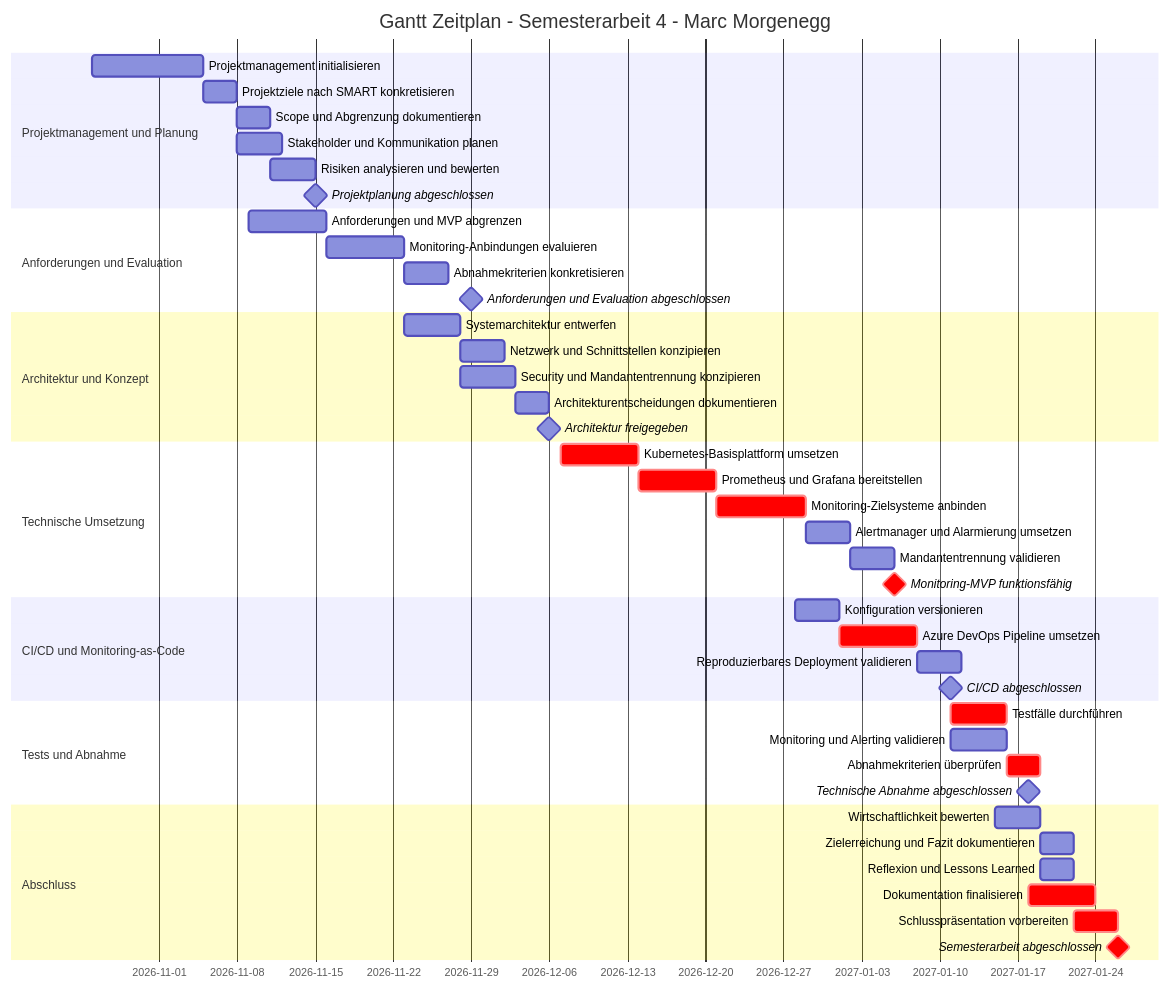
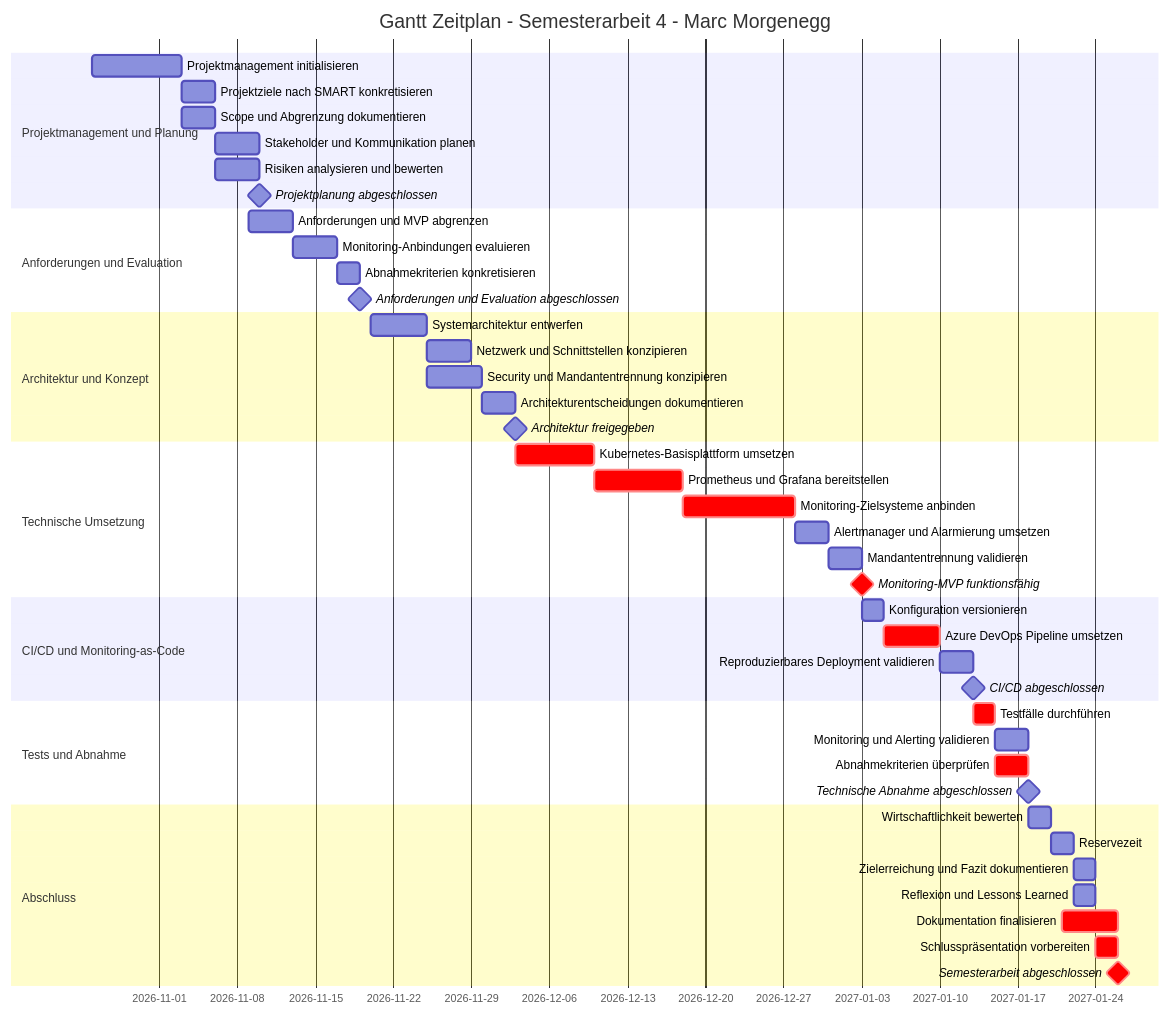
The diagram in Seiten/01. Projektübersicht.md (MarcMorgenegg/sem4), drawn with Mermaid before and after one commit.

Commit message:
docs: Gantt Zeitplan angepasst

````diff
--- a/Seiten/01. Projektübersicht.md
+++ b/Seiten/01. Projektübersicht.md
@@ -165,54 +165,55 @@
 ```mermaid
 gantt
     title Gantt Zeitplan - Semesterarbeit 4 - Marc Morgenegg
     dateFormat YYYY-MM-DD
 
     section Projektmanagement und Planung
-    Projektmanagement initialisieren              :pm1, 2026-10-26, 10d
+    Projektmanagement initialisieren              :pm1, 2026-10-26, 8d
     Projektziele nach SMART konkretisieren         :pm2, after pm1, 3d
-    Scope und Abgrenzung dokumentieren             :pm3, after pm2, 3d
-    Stakeholder und Kommunikation planen           :pm4, after pm2, 4d
+    Scope und Abgrenzung dokumentieren             :pm3, after pm1, 3d
+    Stakeholder und Kommunikation planen           :pm4, after pm3, 4d
     Risiken analysieren und bewerten               :pm5, after pm3, 4d
-    Projektplanung abgeschlossen                   :milestone, m1, 2026-11-15, 0d
+    Projektplanung abgeschlossen                   :milestone, m1, after pm5, 0d
 
     section Anforderungen und Evaluation
-    Anforderungen und MVP abgrenzen                :ae1, 2026-11-09, 7d
-    Monitoring-Anbindungen evaluieren              :ae2, after ae1, 7d
-    Abnahmekriterien konkretisieren                :ae3, after ae2, 4d
-    Anforderungen und Evaluation abgeschlossen     :milestone, m2, 2026-11-29, 0d
+    Anforderungen und MVP abgrenzen                :ae1, 2026-11-09, 4d
+    Monitoring-Anbindungen evaluieren              :ae2, after ae1, 4d
+    Abnahmekriterien konkretisieren                :ae3, after ae2, 2d
+    Anforderungen und Evaluation abgeschlossen     :milestone, m2, after ae3, 0d
 
     section Architektur und Konzept
-    Systemarchitektur entwerfen                    :ac1, 2026-11-23, 5d
+    Systemarchitektur entwerfen                    :ac1, 2026-11-20, 5d
     Netzwerk und Schnittstellen konzipieren        :ac2, after ac1, 4d
     Security und Mandantentrennung konzipieren     :ac3, after ac1, 5d
     Architekturentscheidungen dokumentieren        :ac4, after ac3, 3d
-    Architektur freigegeben                        :milestone, m3, 2026-12-06, 0d
+    Architektur freigegeben                        :milestone, m3, 2026-12-03, 0d
 
     section Technische Umsetzung
-    Kubernetes-Basisplattform umsetzen             :crit, im1, 2026-12-07, 7d
-    Prometheus und Grafana bereitstellen           :crit, im2, after im1, 7d
-    Monitoring-Zielsysteme anbinden                :crit, im3, after im2, 8d
-    Alertmanager und Alarmierung umsetzen           :im4, after im3, 4d
-    Mandantentrennung validieren                   :im5, after im4, 4d
-    Monitoring-MVP funktionsfähig                  :milestone, crit, m4, 2027-01-06, 0d
+    Kubernetes-Basisplattform umsetzen             :crit, im1, 2026-12-03, 7d
+    Prometheus und Grafana bereitstellen           :crit, im2, after im1, 8d
+    Monitoring-Zielsysteme anbinden                :crit, im3, after im2, 10d
+    Alertmanager und Alarmierung umsetzen           :im4, after im3, 3d
+    Mandantentrennung validieren                   :im5, after im4, 3d
+    Monitoring-MVP funktionsfähig                  :milestone, crit, m4, 2027-01-03, 0d
 
     section CI/CD und Monitoring-as-Code
-    Konfiguration versionieren                     :ci1, 2026-12-28, 4d
-    Azure DevOps Pipeline umsetzen                 :crit, ci2, after ci1, 7d
-    Reproduzierbares Deployment validieren         :ci3, after ci2, 4d
-    CI/CD abgeschlossen                            :milestone, m5, 2027-01-11, 0d
+    Konfiguration versionieren                     :ci1, 2027-01-03, 2d
+    Azure DevOps Pipeline umsetzen                 :crit, ci2, after ci1, 5d
+    Reproduzierbares Deployment validieren         :ci3, after ci2, 3d
+    CI/CD abgeschlossen                            :milestone, m5, 2027-01-13, 0d
 
     section Tests und Abnahme
-    Testfälle durchführen                          :crit, ta1, 2027-01-11, 5d
-    Monitoring und Alerting validieren             :ta2, 2027-01-11, 5d
+    Testfälle durchführen                          :crit, ta1, 2027-01-13, 2d
+    Monitoring und Alerting validieren             :ta2, after ta1, 3d
     Abnahmekriterien überprüfen                    :crit, ta3, after ta1, 3d
     Technische Abnahme abgeschlossen               :milestone, m6, 2027-01-18, 0d
 
     section Abschluss
-    Wirtschaftlichkeit bewerten                    :ab1, 2027-01-15, 4d
-    Zielerreichung und Fazit dokumentieren         :ab2, after ab1, 3d
-    Reflexion und Lessons Learned                  :ab3, after ab1, 3d
-    Dokumentation finalisieren                     :crit, ab4, 2027-01-18, 6d
-    Schlusspräsentation vorbereiten                :crit, ab5, 2027-01-22, 4d
+    Wirtschaftlichkeit bewerten                    :ab1, 2027-01-18, 2d
+    Reservezeit                                    :ab2, after ab1, 2d
+    Zielerreichung und Fazit dokumentieren         :ab3, after ab2, 2d
+    Reflexion und Lessons Learned                  :ab4, after ab2, 2d
+    Dokumentation finalisieren                     :crit, ab4, 2027-01-21, 5d
+    Schlusspräsentation vorbereiten                :crit, ab5, 2027-01-24, 2d
     Semesterarbeit abgeschlossen                   :milestone, crit, m7, 2027-01-26, 0d
 ```
````
